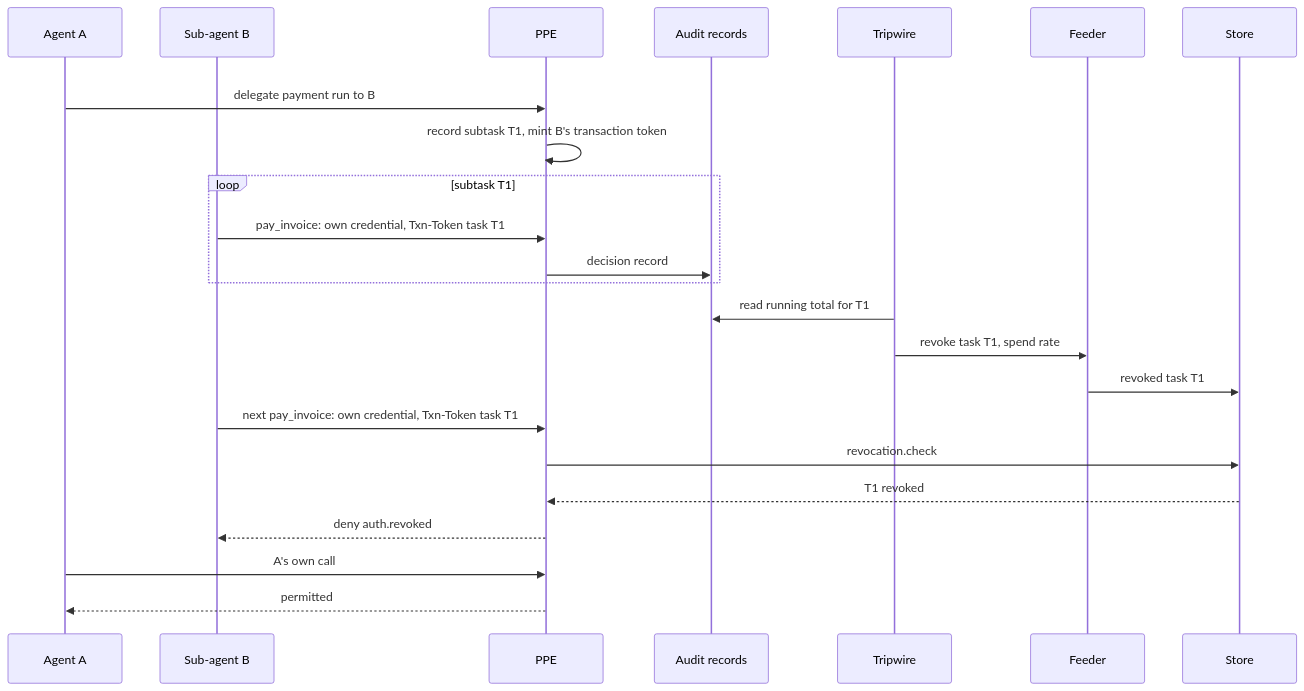
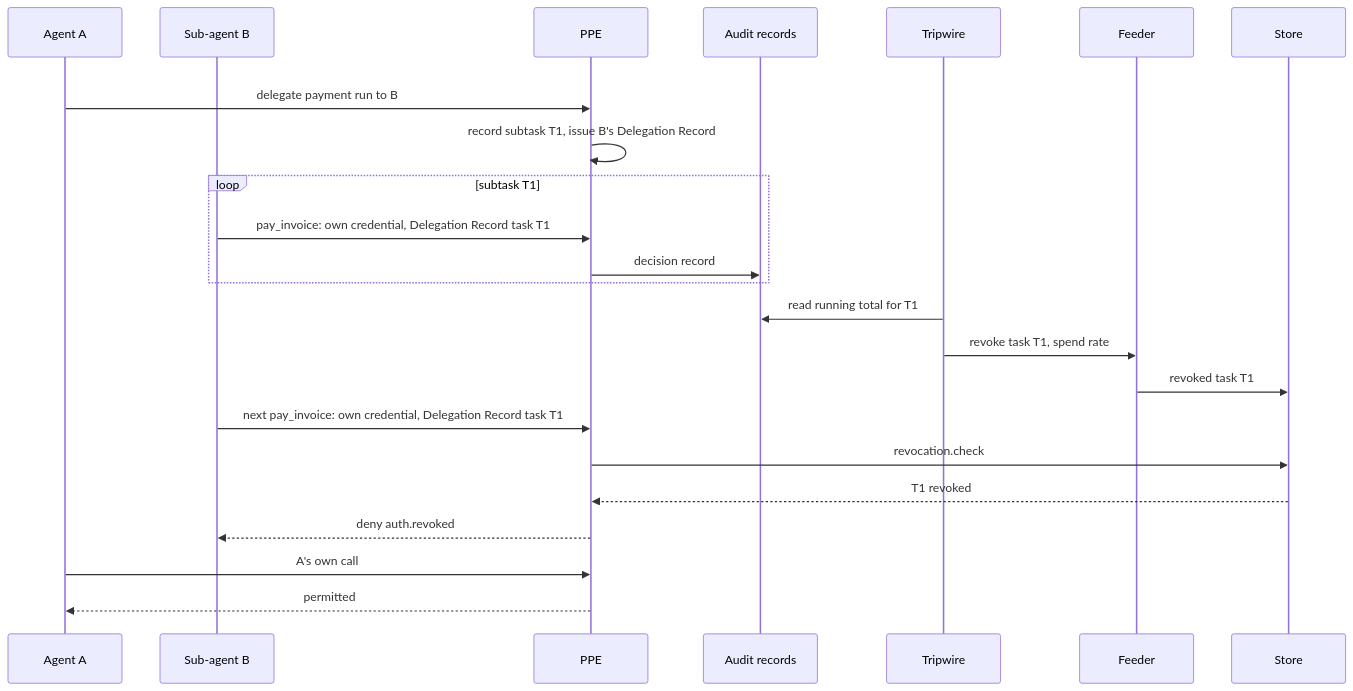
One commit to praxis-proxy/policy changed the seventh of 9 diagrams in docs/brainstorms/2026-10-26-revocation-transaction-tokens-requirements.md. Above: the diagram before and after it, drawn with Mermaid. The commit also changed other lines of this file, not shown here.

Commit message:
docs(revocation): introduce delegation record for cross agent delegation

````diff
--- a/docs/brainstorms/2026-10-26-revocation-transaction-tokens-requirements.md
+++ b/docs/brainstorms/2026-10-26-revocation-transaction-tokens-requirements.md
@@ -625,28 +671,28 @@
 ```mermaid
 %%{init: {"theme": "default", "themeVariables": {"background": "#ffffff"}}}%%
 sequenceDiagram
     participant A as Agent A
     participant B as Sub-agent B
     participant P as PPE
     participant L as Audit records
     participant W as Tripwire
     participant F as Feeder
     participant S as Store
     rect rgb(255, 255, 255)
         A->>P: delegate payment run to B
-        P->>P: record subtask T1, mint B's transaction token
+        P->>P: record subtask T1, issue B's Delegation Record
         loop subtask T1
-            B->>P: pay_invoice: own credential, Txn-Token task T1
+            B->>P: pay_invoice: own credential, Delegation Record task T1
             P->>L: decision record
         end
         W->>L: read running total for T1
         W->>F: revoke task T1, spend rate
         F->>S: revoked task T1
-        B->>P: next pay_invoice: own credential, Txn-Token task T1
+        B->>P: next pay_invoice: own credential, Delegation Record task T1
         P->>S: revocation.check
         S-->>P: T1 revoked
         P-->>B: deny auth.revoked
         A->>P: A's own call
         P-->>A: permitted
     end
 ```
````
